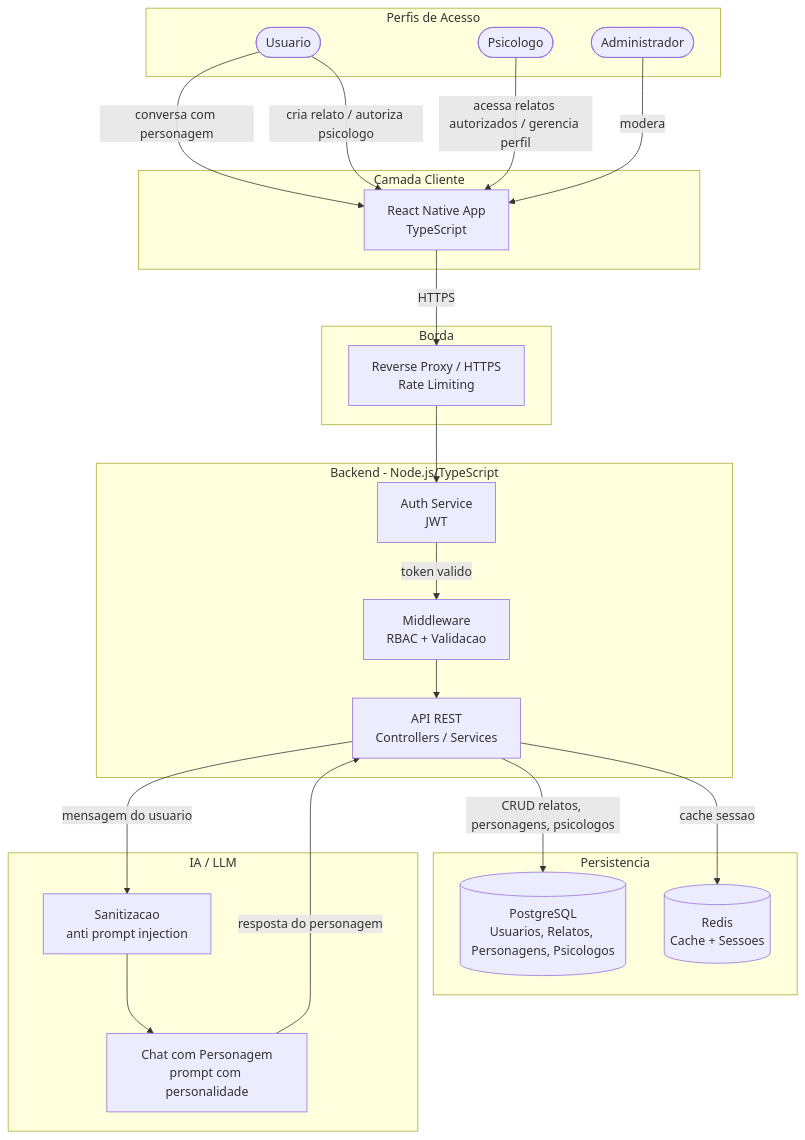
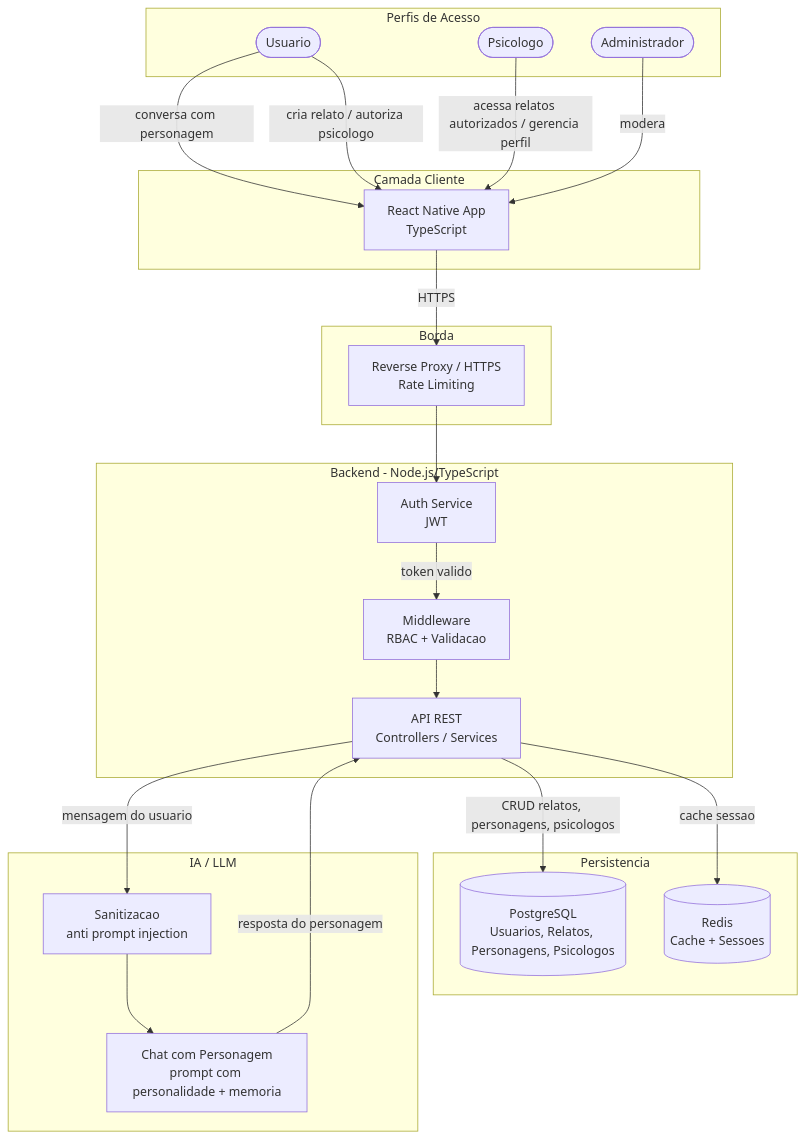
The first of 4 diagrams in README.md (GeorgeLucas1/PSYCHO-LIBERTAIRE-), drawn with Mermaid before and after one commit. The commit also changed other lines of this file, not shown here.

````diff
--- a/README.md
+++ b/README.md
@@ -37,48 +60,48 @@
 ```mermaid
 graph TB
     subgraph Client["Camada Cliente"]
         RN[React Native App<br/>TypeScript]
     end
 
     subgraph Gateway["Borda"]
         LB[Reverse Proxy / HTTPS<br/>Rate Limiting]
     end
 
     subgraph Backend["Backend - Node.js/TypeScript"]
         AUTH[Auth Service<br/>JWT]
         API[API REST<br/>Controllers / Services]
         MW[Middleware<br/>RBAC + Validacao]
     end
 
     subgraph Data["Persistencia"]
         PG[(PostgreSQL<br/>Usuarios, Relatos, Personagens, Psicologos)]
         RD[(Redis<br/>Cache + Sessoes)]
     end
 
     subgraph AI["IA / LLM"]
-        CHAT[Chat com Personagem<br/>prompt com personalidade]
+        CHAT[Chat com Personagem<br/>prompt com personalidade + memoria]
         PROT[Sanitizacao<br/>anti prompt injection]
     end
 
     subgraph Roles["Perfis de Acesso"]
         USER([Usuario])
         PROF([Psicologo])
         ADMIN([Administrador])
     end
 
     USER -->|conversa com personagem| RN
     USER -->|cria relato / autoriza psicologo| RN
     PROF -->|acessa relatos autorizados / gerencia perfil| RN
     ADMIN -->|modera| RN
 
     RN -->|HTTPS| LB
     LB --> AUTH
     AUTH -->|token valido| MW
     MW --> API
 
     API -->|CRUD relatos, personagens, psicologos| PG
     API -->|cache sessao| RD
     API -->|mensagem do usuario| PROT
     PROT --> CHAT
     CHAT -->|resposta do personagem| API
 ```
````
